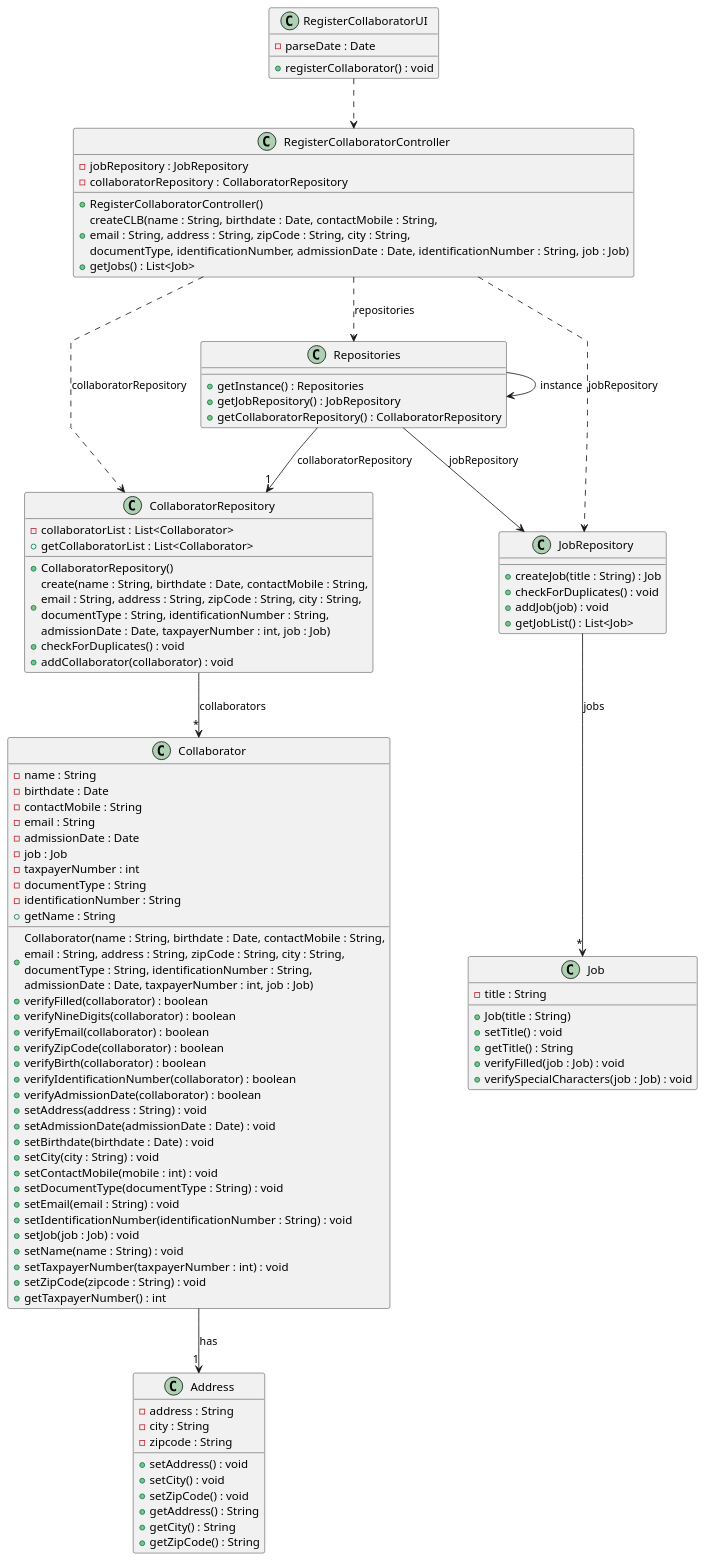
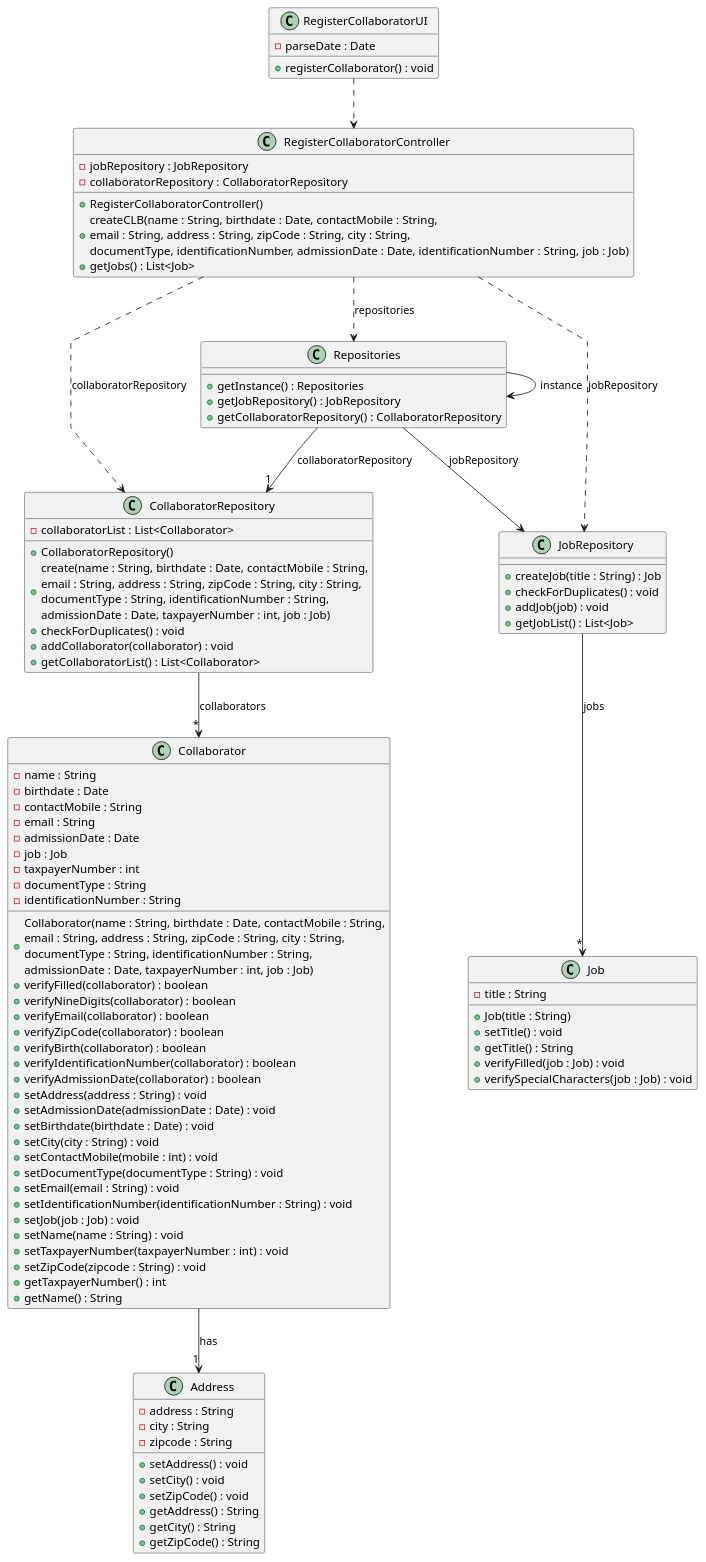
Before and after one commit to ricardomm7/leaflink: the diagram in docs/sprintB/us003/03.design/puml/us003-class-diagram.puml, drawn with PlantUML. The commit also changed 16 other files, not shown here.

```diff
--- a/docs/sprintB/us003/03.design/puml/us003-class-diagram.puml
+++ b/docs/sprintB/us003/03.design/puml/us003-class-diagram.puml
@@ -1,113 +1,113 @@
 @startuml
 skinparam packageStyle rectangle
 skinparam shadowing false
 skinparam linetype polyline
 
 'left to right direction
 
 class RegisterCollaboratorUI {
 +registerCollaborator() : void
 -parseDate : Date
 }
 
 class RegisterCollaboratorController {
     -jobRepository : JobRepository
     -collaboratorRepository : CollaboratorRepository
     +RegisterCollaboratorController()
     + createCLB(name : String, birthdate : Date, contactMobile : String,\nemail : String, address : String, zipCode : String, city : String,\ndocumentType, identificationNumber, admissionDate : Date, identificationNumber : String, job : Job)
     '+ getJobRepository() : JobRepository
     '+ getCollaboratorRepository() : CollaboratorRepository
     + getJobs() : List<Job>
 }
 
 class Repositories {
     + getInstance() : Repositories
     +getJobRepository() : JobRepository
     +getCollaboratorRepository() : CollaboratorRepository
 }
 
 class CollaboratorRepository {
     -collaboratorList : List<Collaborator>
     +CollaboratorRepository()
     + create(name : String, birthdate : Date, contactMobile : String,\nemail : String, address : String, zipCode : String, city : String,\ndocumentType : String, identificationNumber : String, \nadmissionDate : Date, taxpayerNumber : int, job : Job)
     + checkForDuplicates() : void
     + addCollaborator(collaborator) : void
-    + getCollaboratorList : List<Collaborator>
+    + getCollaboratorList() : List<Collaborator>
 }
 
 class JobRepository {
     +createJob(title : String) : Job
     +checkForDuplicates() : void
     +addJob(job) : void
     +getJobList() : List<Job>
 }
 
 class Collaborator {
     - name : String
     - birthdate : Date
     - contactMobile : String
     - email : String
     - admissionDate : Date
     - job : Job
     - taxpayerNumber : int
     + Collaborator(name : String, birthdate : Date, contactMobile : String,\nemail : String, address : String, zipCode : String, city : String,\ndocumentType : String, identificationNumber : String, \nadmissionDate : Date, taxpayerNumber : int, job : Job)
     + verifyFilled(collaborator) : boolean
     + verifyNineDigits(collaborator) : boolean
     + verifyEmail(collaborator) : boolean
     + verifyZipCode(collaborator) : boolean
     + verifyBirth(collaborator) : boolean
     + verifyIdentificationNumber(collaborator) : boolean
     + verifyAdmissionDate(collaborator) : boolean
     - documentType : String
     - identificationNumber : String
     +setAddress(address : String) : void
     +setAdmissionDate(admissionDate : Date) : void
     +setBirthdate(birthdate : Date) : void
     +setCity(city : String) : void
     +setContactMobile(mobile : int) : void
     +setDocumentType(documentType : String) : void
     +setEmail(email : String) : void
     +setIdentificationNumber(identificationNumber : String) : void
     +setJob(job : Job) : void
     +setName(name : String) : void
     +setTaxpayerNumber(taxpayerNumber : int) : void
     +setZipCode(zipcode : String) : void
     +getTaxpayerNumber() : int
-    +getName : String
+    +getName() : String
 }
 
 class Address {
     -address : String
     -city : String
     -zipcode : String
     +setAddress() : void
     +setCity() : void
     +setZipCode() : void
     +getAddress() : String
     +getCity() : String
     +getZipCode() : String
 }
 
 class Job {
     - title : String
     + Job(title : String)
     + setTitle() : void
     + getTitle() : String
     +verifyFilled(job : Job) : void
     +verifySpecialCharacters(job : Job) : void
 }
 
 
 
 RegisterCollaboratorUI ..> RegisterCollaboratorController
 RegisterCollaboratorController ..> Repositories : repositories
 Repositories --> Repositories : instance
 Repositories --> JobRepository : jobRepository
 Repositories --> "1"CollaboratorRepository : collaboratorRepository
 CollaboratorRepository --> "*" Collaborator : collaborators
 RegisterCollaboratorController ..> CollaboratorRepository : collaboratorRepository
 RegisterCollaboratorController ..> JobRepository : jobRepository
 JobRepository --> "*" Job : jobs
 Collaborator --> "1" Address : has
 
 @enduml
```
